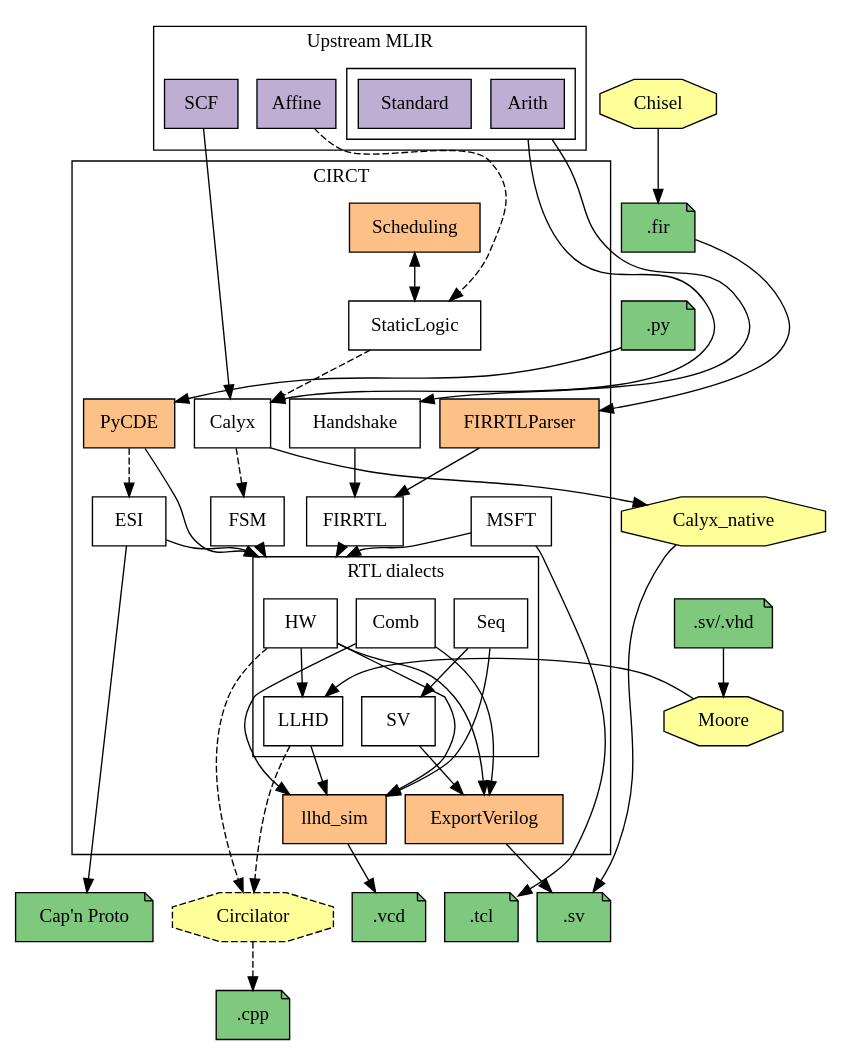
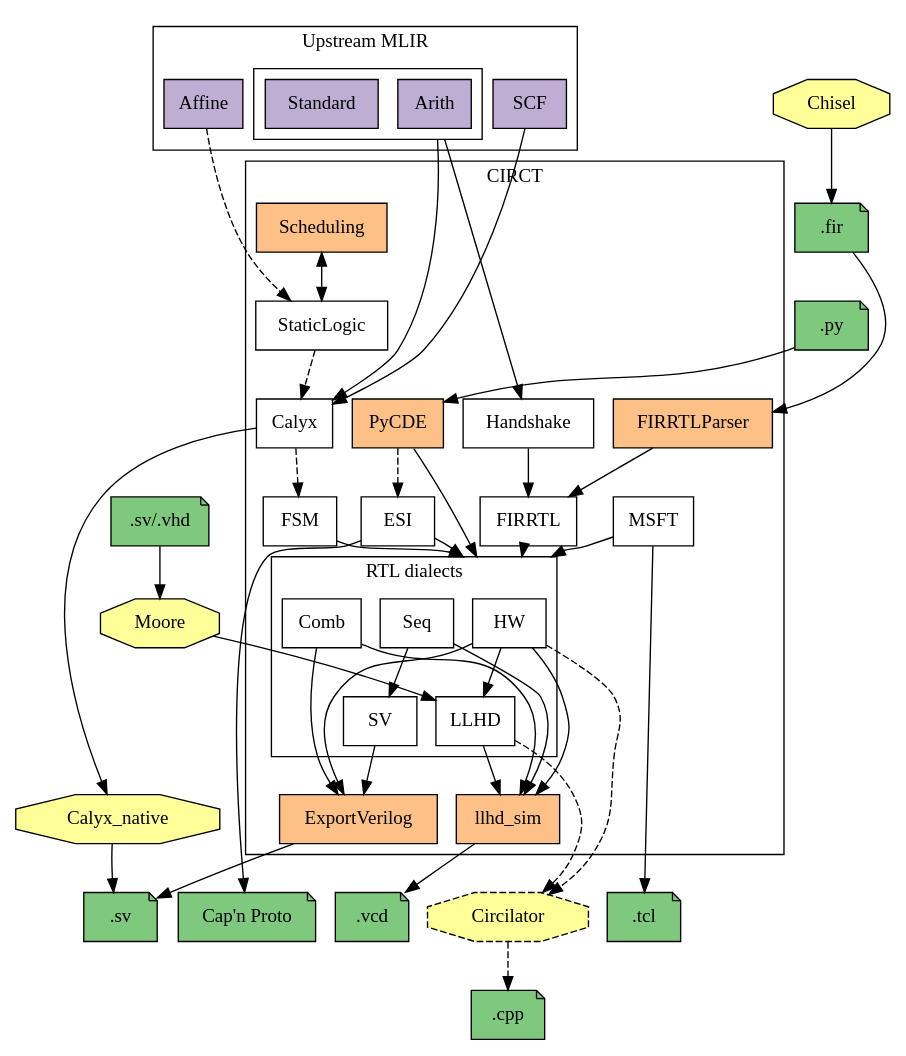
The diagram in docs/dialects.dot (llvm/circt), drawn with Graphviz before and after one commit. The commit also changed 2 other files, not shown here.

```diff
--- a/docs/dialects.dot
+++ b/docs/dialects.dot
@@ -1,124 +1,117 @@
 digraph G {
   // Note: Remember to run the circt/utils/update-docs-dialects.sh script after
   // modifying this file to regenerate the .svg and .png renders of the graph.
   rankdir = TB
   splines=spline
   node [shape=box style=filled fillcolor="white"]
   nodesep=0.2 // horizontal compression
   ranksep=0.5 // vertical compression
   compound=true
 
   // MLIR dialects
   subgraph cluster_mlir {
     label = "Upstream MLIR";
     node [fillcolor="#beaed4"]
     SCF Affine
     subgraph cluster_std_arith_dialect {
       label = ""
       Standard Arith
     }
   }
 
   subgraph cluster_circt {
     label = "CIRCT"
     // CIRCT dialects
     subgraph cluster_HLS {
       label = "HLS Dialects"
     }
     Handshake [URL="https://circt.llvm.org/docs/Dialects/Handshake/"]
     Calyx [URL="https://circt.llvm.org/docs/Dialects/Calyx/"]
     FIRRTL [URL="https://circt.llvm.org/docs/Dialects/FIRRTL/"]
     StaticLogic [URL="https://circt.llvm.org/docs/Dialects/StaticLogic/"]
     MSFT [URL="https://circt.llvm.org/docs/Dialects/MSFT/"]
     ESI [URL="https://circt.llvm.org/docs/Dialects/ESI/"]
     FSM [URL="https://circt.llvm.org/docs/Dialects/FSM/"]
 
     subgraph cluster_RTL {
       label = "RTL dialects"
       Seq [URL="https://circt.llvm.org/docs/Dialects/Seq/"]
       HW [URL="https://circt.llvm.org/docs/Dialects/HW/"]
       SV [URL="https://circt.llvm.org/docs/Dialects/SV/"]
       Comb [URL="https://circt.llvm.org/docs/Dialects/Comb/"]
       LLHD [URL="https://circt.llvm.org/docs/Dialects/LLHD/"]
     }
 
     // Internal tools
     subgraph internal_tools{
       node [fillcolor="#fdc086"]
       ExportVerilog FIRRTLParser Scheduling llhd_sim PyCDE
     }
   }
 
   // External tools
   subgraph external_tools {
     node [shape=octagon fillcolor="#ffff99"]
     Moore Calyx_native Chisel
     Circilator [style="dashed,filled"]
   }
 
   // File formats
   subgraph file_formats {
     node [fillcolor="#7fc97f" shape="note"]
     VCDTrace [label=".vcd"]
     CPPFile [label=".cpp"]
     SVFile [label=".sv"]
     CapNProto [label="Cap'n Proto"]
     TCL [label=".tcl"]
     FIRFile [label=".fir"]
     SVVHDL [label=".sv/.vhd"]
     PyFile [label=".py"]
   }
 
   // ===== Connections =====
   // Dialect conversions
   SCF -> Calyx
   Affine -> StaticLogic [style=dashed]
   StaticLogic -> Calyx [style=dashed]
   Arith -> {Handshake Calyx} [ltail=cluster_std_arith_dialect]
 
   Handshake -> FIRRTL
   Calyx -> FSM [style=dashed]
 
   // Things that lower into a subset of the RTL-like dialects. Cluster these
   // together to avoid a massive clutter.
-  {FIRRTL FSM ESI MSFT PyCDE} -> HW [lhead=cluster_RTL minlen=1]
+  {FIRRTL FSM ESI MSFT PyCDE} -> HW [lhead=cluster_RTL]
   Seq -> SV
   HW -> LLHD
   Comb -> ExportVerilog
 
   // Tool flows
   Scheduling -> StaticLogic [dir=both]
   Chisel -> FIRFile
   FIRFile -> FIRRTLParser
   FIRRTLParser -> FIRRTL
-  HW -> ExportVerilog
-  SV -> ExportVerilog
+  {HW SV} -> ExportVerilog
   SVVHDL -> Moore [weight=999]
   Moore -> LLHD
-  LLHD -> Circilator [style=dashed]
-  HW -> Circilator [style=dashed]
+  {LLHD HW} -> Circilator [style=dashed]
   Calyx -> Calyx_native
-  Calyx_native -> SVFile
-  ExportVerilog -> SVFile
+  {Calyx_native ExportVerilog} -> SVFile
   Circilator -> CPPFile [style=dashed]
   {LLHD Comb HW Seq} -> llhd_sim
   llhd_sim -> VCDTrace
   ESI -> CapNProto
   MSFT -> TCL
   PyFile -> PyCDE
   PyCDE -> ESI [style=dashed]
 
   // ====== Some fake edges to coerce a good layout ======
   // Note: Modify these if you make changes to the above diagram, and things
   // start looking weird.
   Standard -> Scheduling [weight=999 style=invis]
   FIRFile -> PyFile [weight=999 style=invis]
-  Calyx -> Calyx_native [weight=999 style=invis]
-  Calyx_native -> SVVHDL [weight=999 style=invis]
 
   // Fix the following sink nodes below the CIRCT cluster
-  llhd_sim -> SVFile [weight=999 style=invis]
-  llhd_sim -> Circilator [weight=999 style=invis]
-  llhd_sim -> TCL [weight=999 style=invis]
-  llhd_sim -> CapNProto [weight=999 style=invis]
+  llhd_sim -> {SVFile Circilator TCL CapNProto} [weight=999 style=invis]
+  Calyx_native -> SVFile [weight=999 style=invis]
 }
```
